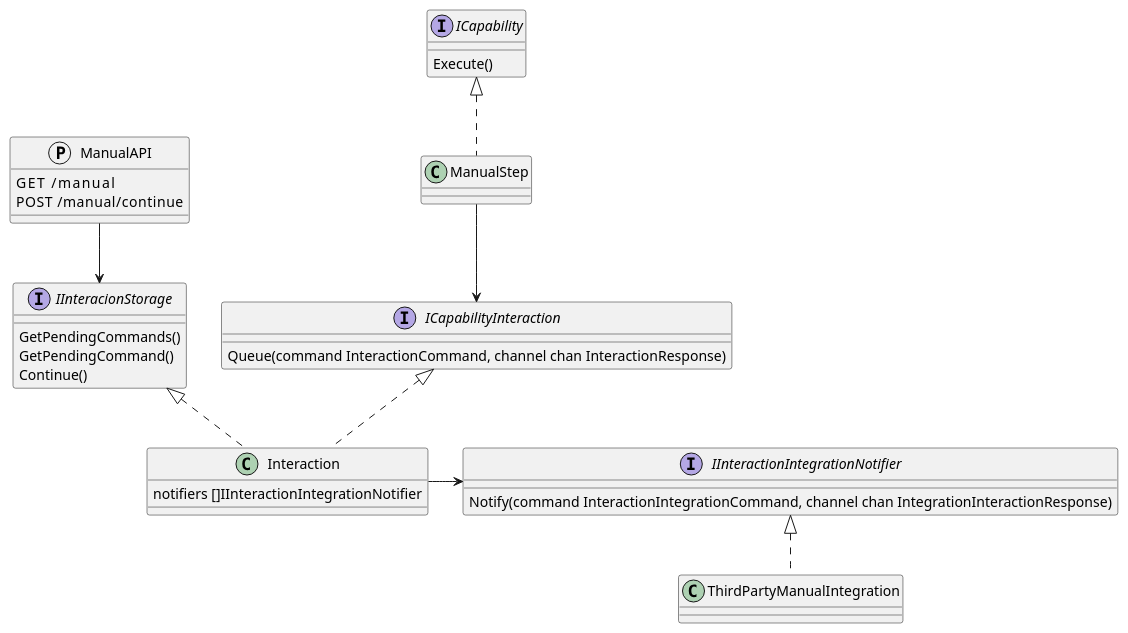
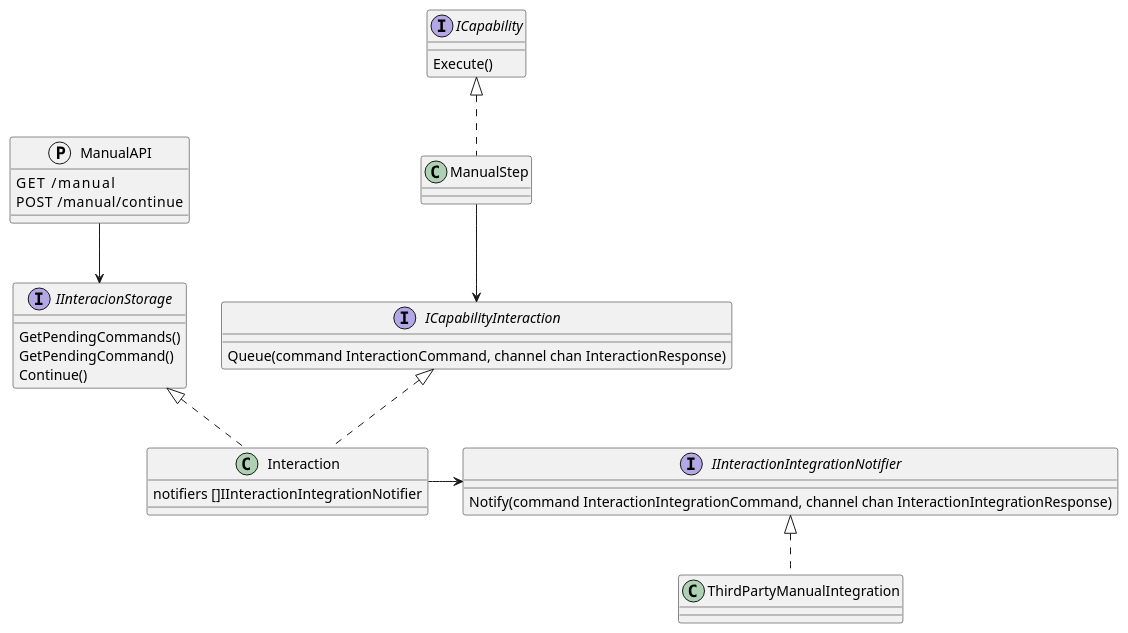
One commit to COSSAS/SOARCA changed the first of 2 diagrams in docs/content/en/docs/core-components/modules.md. Above: the diagram before and after it, drawn with PlantUML. The commit also changed other lines of this file and 4 other files, not shown here.

````diff
--- a/docs/content/en/docs/core-components/modules.md
+++ b/docs/content/en/docs/core-components/modules.md
@@ -341,47 +341,47 @@
 ```plantuml
 @startuml
 set separator ::
 
 class ManualStep 
 
 protocol ManualAPI {
     GET     /manual
     POST    /manual/continue
 }
 
 interface ICapability{
    Execute()
 }
 
 interface ICapabilityInteraction{
     Queue(command InteractionCommand, channel chan InteractionResponse)
 }
 
 interface IInteracionStorage{
     GetPendingCommands()
 	GetPendingCommand()
 	Continue()
 }
 
 interface IInteractionIntegrationNotifier {
-    Notify(command InteractionIntegrationCommand, channel chan IntegrationInteractionResponse)
+    Notify(command InteractionIntegrationCommand, channel chan InteractionIntegrationResponse)
 }
 
 class Interaction {
     notifiers []IInteractionIntegrationNotifier
 }
 class ThirdPartyManualIntegration
 
 
 ManualStep .up.|> ICapability
 ManualStep -down-> ICapabilityInteraction
 Interaction .up.|> ICapabilityInteraction
 Interaction .up.|> IInteracionStorage
 
 ManualAPI -down-> IInteracionStorage
 
 Interaction -right-> IInteractionIntegrationNotifier
 ThirdPartyManualIntegration .up.|> IInteractionIntegrationNotifier
 
 
 ```
````
